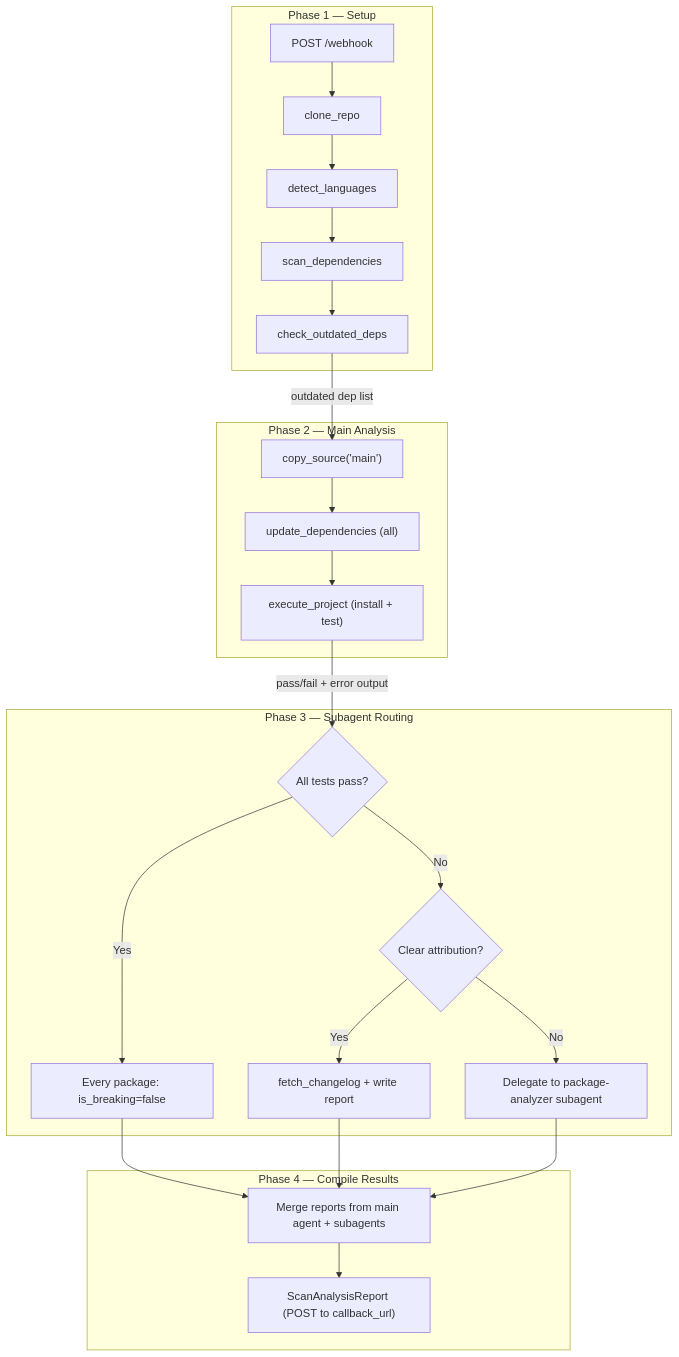
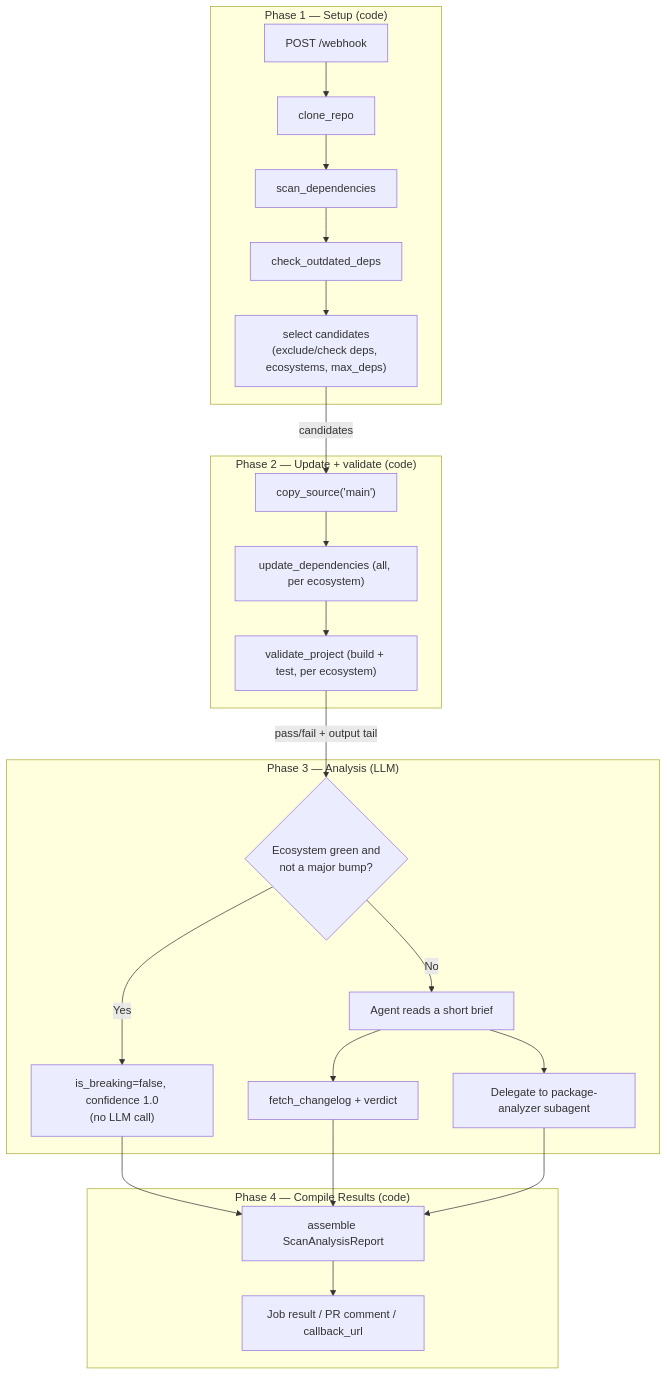
One commit to bitkaio/migratowl changed the first of 3 diagrams in README.md. Above: the diagram before and after it, drawn with Mermaid. The commit also changed other lines of this file and 2 other files, not shown here.

Commit message:
docs: describe the deterministic scan pipeline

````diff
--- a/README.md
+++ b/README.md
@@ -179,33 +182,33 @@
 ```mermaid
 flowchart TB
-    subgraph Phase1["Phase 1 — Setup"]
+    subgraph Phase1["Phase 1 — Setup (code)"]
         A[POST /webhook] --> B[clone_repo]
-        B --> C[detect_languages]
-        C --> D[scan_dependencies]
+        B --> D[scan_dependencies]
         D --> E[check_outdated_deps]
+        E --> S["select candidates<br/>(exclude/check deps, ecosystems, max_deps)"]
     end
 
-    subgraph Phase2["Phase 2 — Main Analysis"]
-        F["copy_source('main')"] --> G["update_dependencies (all)"]
-        G --> H["execute_project (install + test)"]
+    subgraph Phase2["Phase 2 — Update + validate (code)"]
+        F["copy_source('main')"] --> G["update_dependencies (all, per ecosystem)"]
+        G --> H["validate_project (build + test, per ecosystem)"]
     end
 
-    subgraph Phase3["Phase 3 — Subagent Routing"]
-        I{All tests pass?}
-        I -->|Yes| J["Every package: is_breaking=false"]
-        I -->|No| K{Clear attribution?}
-        K -->|Yes| L["fetch_changelog + write report"]
-        K -->|No| M["Delegate to package-analyzer subagent"]
+    subgraph Phase3["Phase 3 — Analysis (LLM)"]
+        P{"Ecosystem green and<br/>not a major bump?"}
+        P -->|Yes| J["is_breaking=false, confidence 1.0<br/>(no LLM call)"]
+        P -->|No| K["Agent reads a short brief"]
+        K --> L["fetch_changelog + verdict"]
+        K --> M["Delegate to package-analyzer subagent"]
     end
 
-    subgraph Phase4["Phase 4 — Compile Results"]
-        N["Merge reports from main agent + subagents"]
-        N --> O["ScanAnalysisReport (POST to callback_url)"]
+    subgraph Phase4["Phase 4 — Compile Results (code)"]
+        N["assemble ScanAnalysisReport"]
+        N --> O["Job result / PR comment / callback_url"]
     end
 
-    E -->|outdated dep list| F
-    H -->|pass/fail + error output| I
+    S -->|candidates| F
+    H -->|pass/fail + output tail| P
     J --> N
     L --> N
     M --> N
 ```
````
